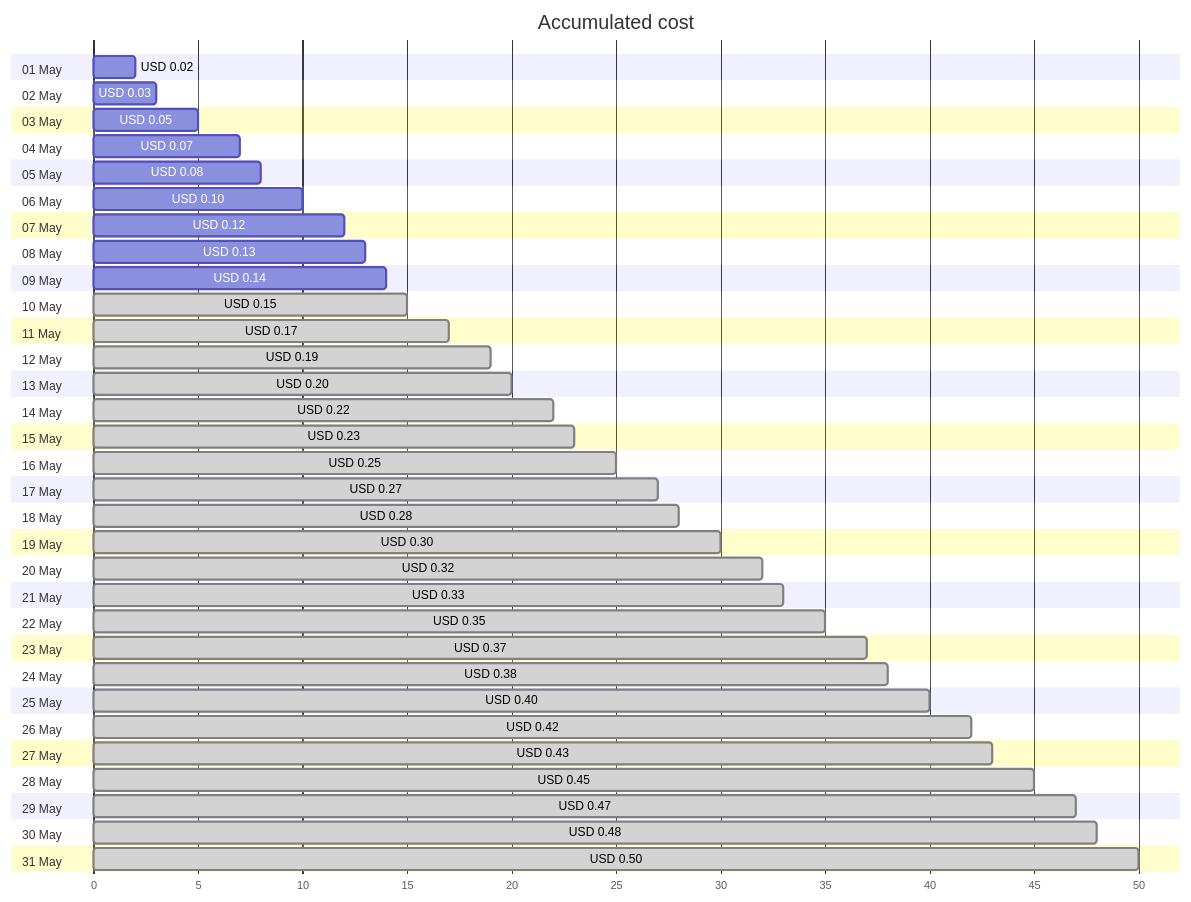
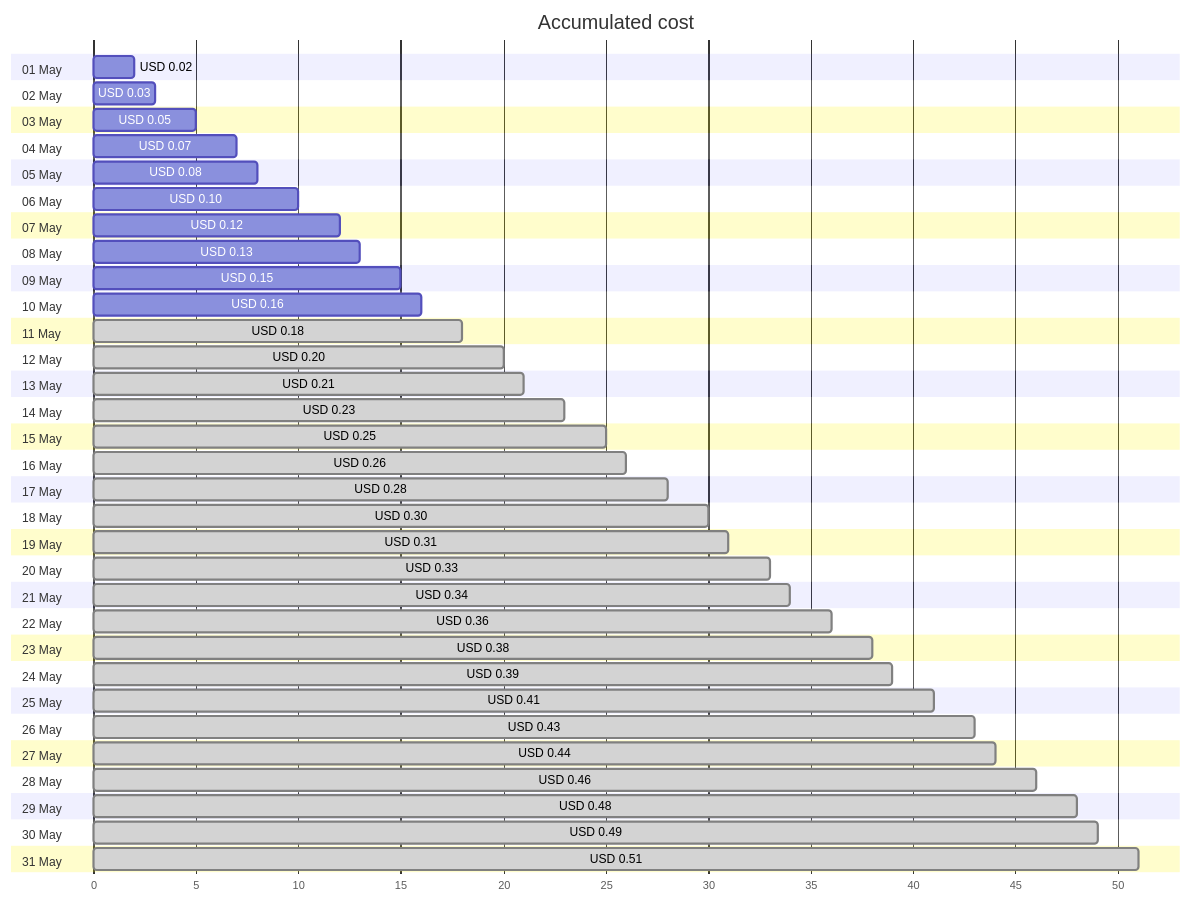
One commit to jpfulton/azure-personal-reports changed the first of 4 diagrams in cost-reports/personal-dns/jpatrickfulton.dev.md. Above: the diagram before and after it, drawn with Mermaid. The commit also changed other lines of this file and 2 other files, not shown here.

Commit message:
Generated reports [skip ci]

````diff
--- a/cost-reports/personal-dns/jpatrickfulton.dev.md
+++ b/cost-reports/personal-dns/jpatrickfulton.dev.md
@@ -20,68 +20,68 @@
 ```mermaid
 gantt
    title Accumulated cost
    dateFormat  X
    axisFormat %s
    section 01 May
    USD 0.02 :0, 2
    section 02 May
    USD 0.03 :0, 3
    section 03 May
    USD 0.05 :0, 5
    section 04 May
    USD 0.07 :0, 7
    section 05 May
    USD 0.08 :0, 8
    section 06 May
    USD 0.10 :0, 10
    section 07 May
    USD 0.12 :0, 12
    section 08 May
    USD 0.13 :0, 13
    section 09 May
-   USD 0.14 :0, 14
+   USD 0.15 :0, 15
    section 10 May
-   USD 0.15 : done, 0, 15
+   USD 0.16 :0, 16
    section 11 May
-   USD 0.17 : done, 0, 17
+   USD 0.18 : done, 0, 18
    section 12 May
-   USD 0.19 : done, 0, 19
+   USD 0.20 : done, 0, 20
    section 13 May
-   USD 0.20 : done, 0, 20
+   USD 0.21 : done, 0, 21
    section 14 May
-   USD 0.22 : done, 0, 22
+   USD 0.23 : done, 0, 23
    section 15 May
-   USD 0.23 : done, 0, 23
+   USD 0.25 : done, 0, 25
    section 16 May
-   USD 0.25 : done, 0, 25
+   USD 0.26 : done, 0, 26
    section 17 May
-   USD 0.27 : done, 0, 27
+   USD 0.28 : done, 0, 28
    section 18 May
-   USD 0.28 : done, 0, 28
+   USD 0.30 : done, 0, 30
    section 19 May
-   USD 0.30 : done, 0, 30
+   USD 0.31 : done, 0, 31
    section 20 May
-   USD 0.32 : done, 0, 32
+   USD 0.33 : done, 0, 33
    section 21 May
-   USD 0.33 : done, 0, 33
+   USD 0.34 : done, 0, 34
    section 22 May
-   USD 0.35 : done, 0, 35
+   USD 0.36 : done, 0, 36
    section 23 May
-   USD 0.37 : done, 0, 37
+   USD 0.38 : done, 0, 38
    section 24 May
-   USD 0.38 : done, 0, 38
+   USD 0.39 : done, 0, 39
    section 25 May
-   USD 0.40 : done, 0, 40
+   USD 0.41 : done, 0, 41
    section 26 May
-   USD 0.42 : done, 0, 42
+   USD 0.43 : done, 0, 43
    section 27 May
-   USD 0.43 : done, 0, 43
+   USD 0.44 : done, 0, 44
    section 28 May
-   USD 0.45 : done, 0, 45
+   USD 0.46 : done, 0, 46
    section 29 May
-   USD 0.47 : done, 0, 47
+   USD 0.48 : done, 0, 48
    section 30 May
-   USD 0.48 : done, 0, 48
+   USD 0.49 : done, 0, 49
    section 31 May
-   USD 0.50 : done, 0, 50
+   USD 0.51 : done, 0, 51
 ```
````
